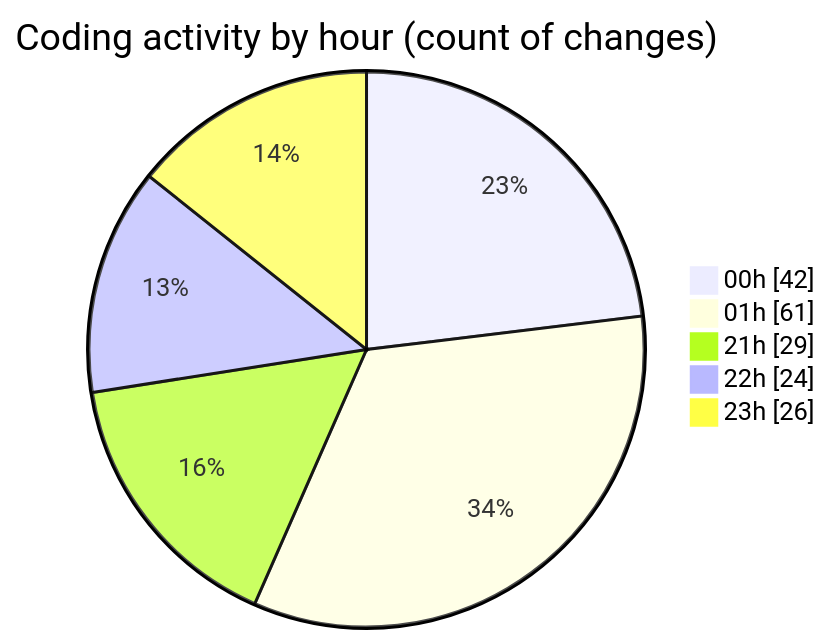
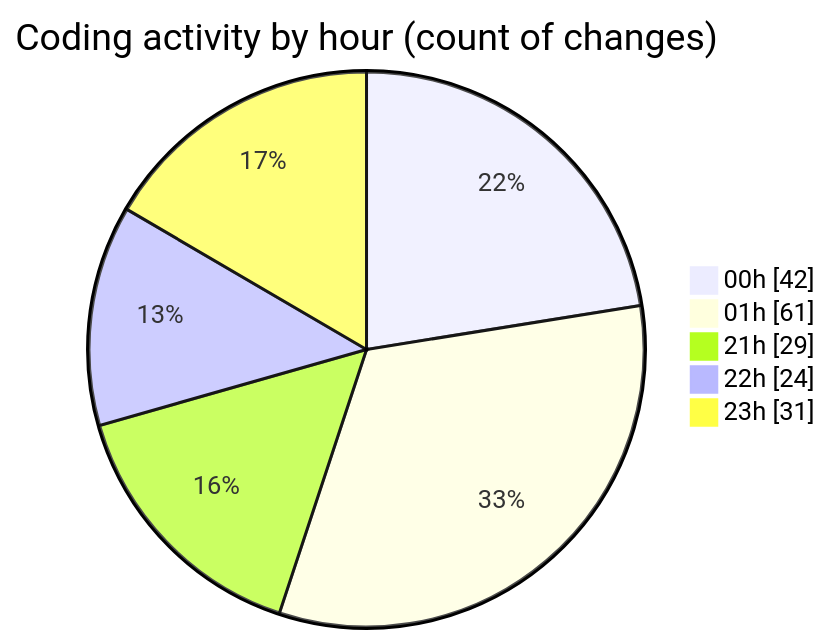
The second of 2 diagrams in 2025-08-12/rentotp/README.md (lephambinh05/code-tracking), drawn with Mermaid before and after one commit. The commit also changed other lines of this file and 1 other file, not shown here.

````diff
--- a/2025-08-12/rentotp/README.md
+++ b/2025-08-12/rentotp/README.md
@@ -56,9 +56,9 @@
 ```mermaid
 pie showData
 title Coding activity by hour (count of changes)
 "00h" : 42
 "01h" : 61
 "21h" : 29
 "22h" : 24
-"23h" : 26
+"23h" : 31
 ```
````
